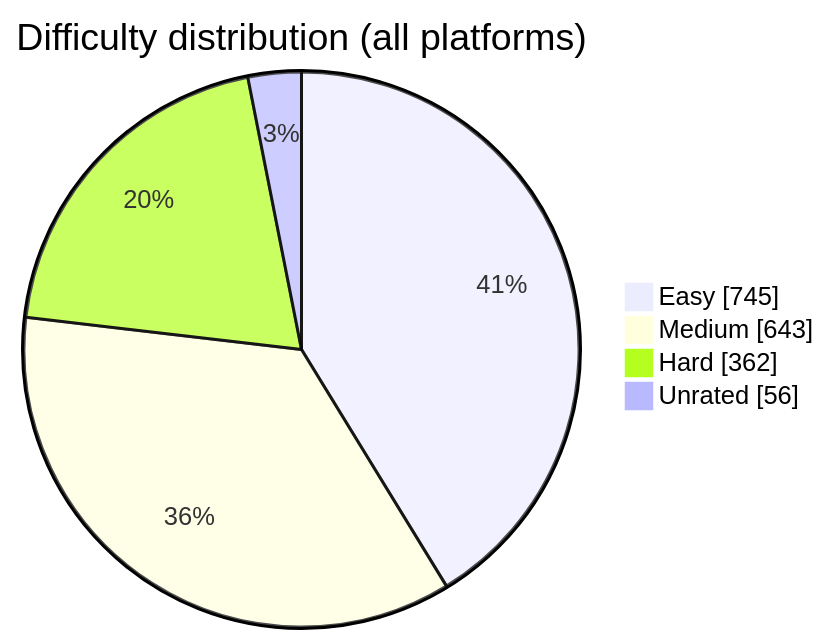
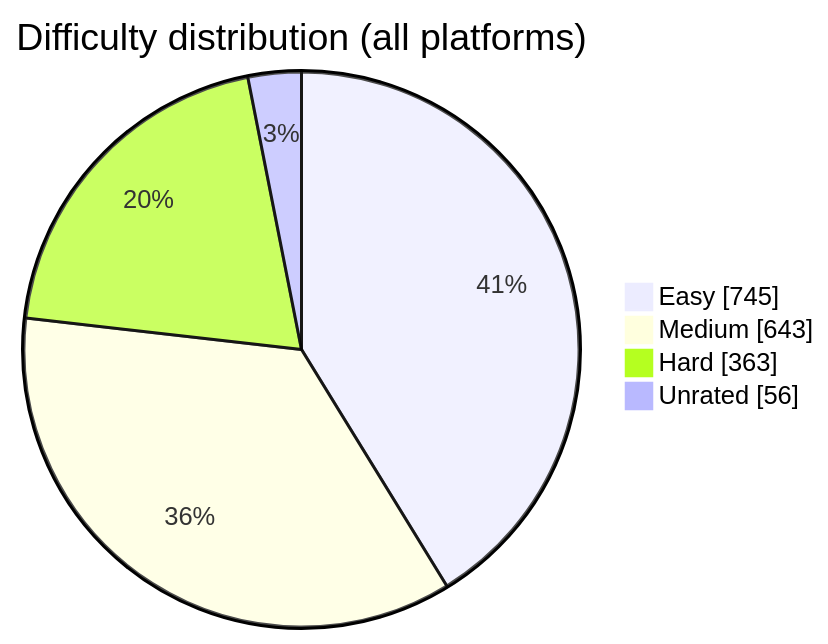
One commit to BuildbyArindam/Daily-Coding-Log changed the diagram in README.md. Above: the diagram before and after it, drawn with Mermaid. The commit also changed other lines of this file, not shown here.

````diff
--- a/README.md
+++ b/README.md
@@ -108,7 +108,7 @@
 ```mermaid
 pie showData title Difficulty distribution (all platforms)
     "Easy" : 745
     "Medium" : 643
-    "Hard" : 362
+    "Hard" : 363
     "Unrated" : 56
 ```
````
